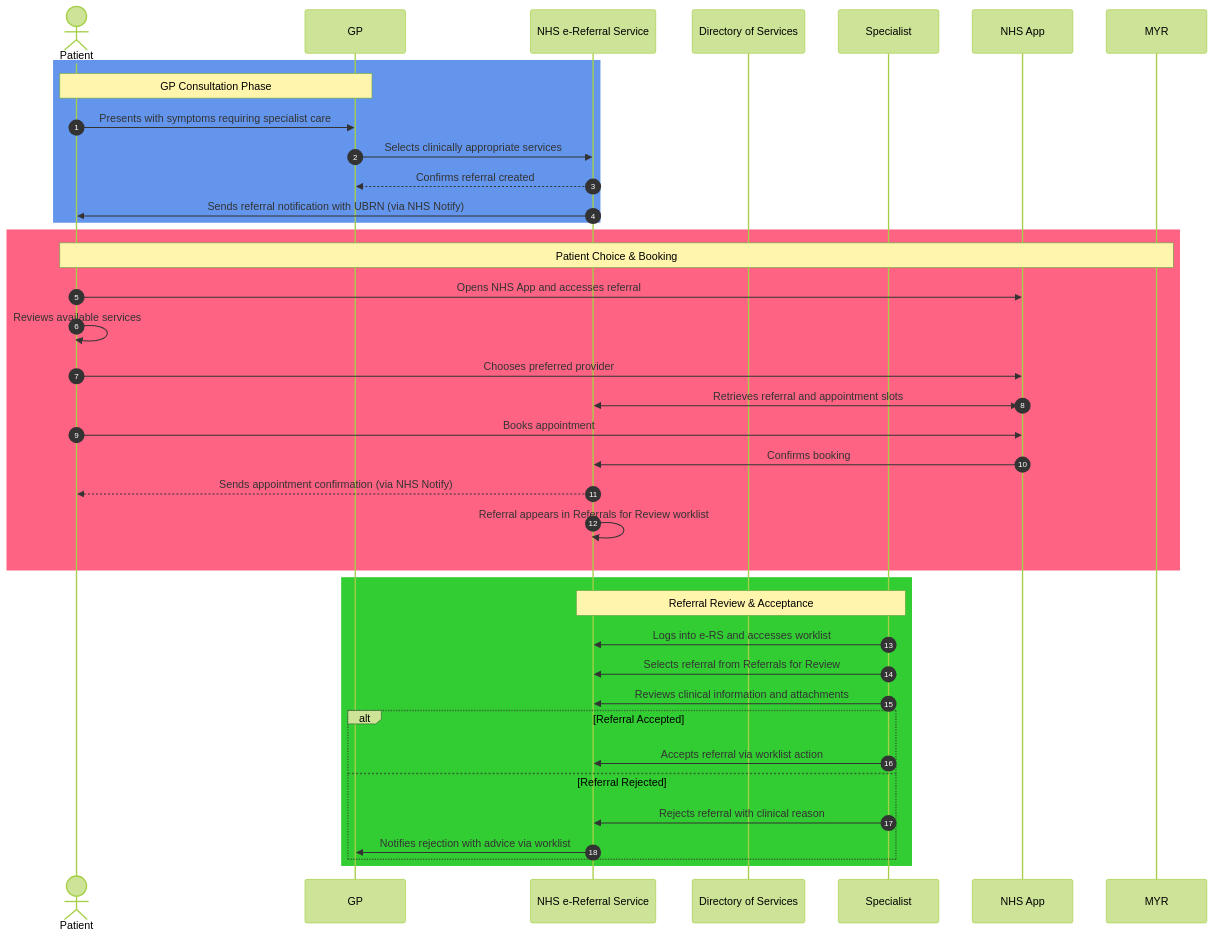
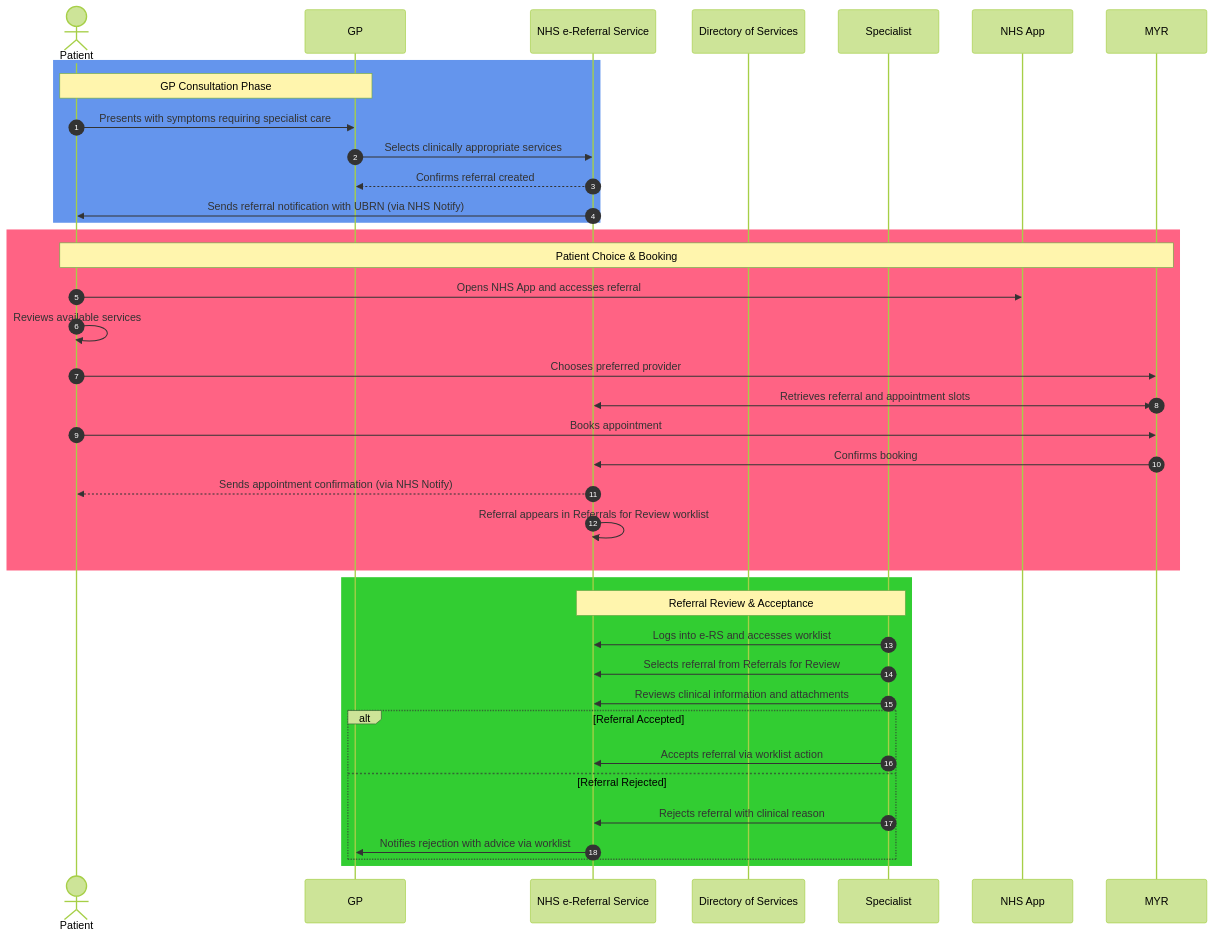
Before and after one commit to hs14m2b/tapocs: the diagram in diagrams/ersuserjourney.mmd, drawn with Mermaid (forest theme). The commit also changed 10 other files, not shown here.

First line of the commit message:
20260112diagrams (#49)

```diff
--- a/diagrams/ersuserjourney.mmd
+++ b/diagrams/ersuserjourney.mmd
@@ -1,41 +1,41 @@
 sequenceDiagram
     autonumber
     actor Patient
     participant GP
     participant e-RS as NHS e-Referral Service
     participant DoS as Directory of Services
     participant Specialist
     participant NHS_App as NHS App
     
     rect rgb(100, 149, 237)
         Note over Patient,GP: GP Consultation Phase
         Patient->>GP: Presents with symptoms requiring specialist care
         GP->>e-RS: Selects clinically appropriate services
         e-RS-->>GP: Confirms referral created
         e-RS->>Patient: Sends referral notification with UBRN (via NHS Notify)
     end
 
     rect rgb(255, 99, 132)
         Note over Patient,MYR: Patient Choice & Booking
         Patient->>NHS_App: Opens NHS App and accesses referral
         Patient->>Patient: Reviews available services
-        Patient->>NHS_App: Chooses preferred provider
-        NHS_App<<->>e-RS: Retrieves referral and appointment slots
-        Patient->>NHS_App: Books appointment
-        NHS_App->>e-RS: Confirms booking
+        Patient->>MYR: Chooses preferred provider
+        MYR<<->>e-RS: Retrieves referral and appointment slots
+        Patient->>MYR: Books appointment
+        MYR->>e-RS: Confirms booking
         e-RS-->>Patient: Sends appointment confirmation (via NHS Notify)
         e-RS->>e-RS: Referral appears in Referrals for Review worklist
     end
    
     rect rgb(50, 205, 50)
         Note over Specialist,e-RS: Referral Review & Acceptance
         Specialist->>e-RS: Logs into e-RS and accesses worklist
         Specialist->>e-RS: Selects referral from Referrals for Review
         Specialist->>e-RS: Reviews clinical information and attachments
         alt Referral Accepted
             Specialist->>e-RS: Accepts referral via worklist action
         else Referral Rejected
             Specialist->>e-RS: Rejects referral with clinical reason
             e-RS->>GP: Notifies rejection with advice via worklist
         end
     end
```
